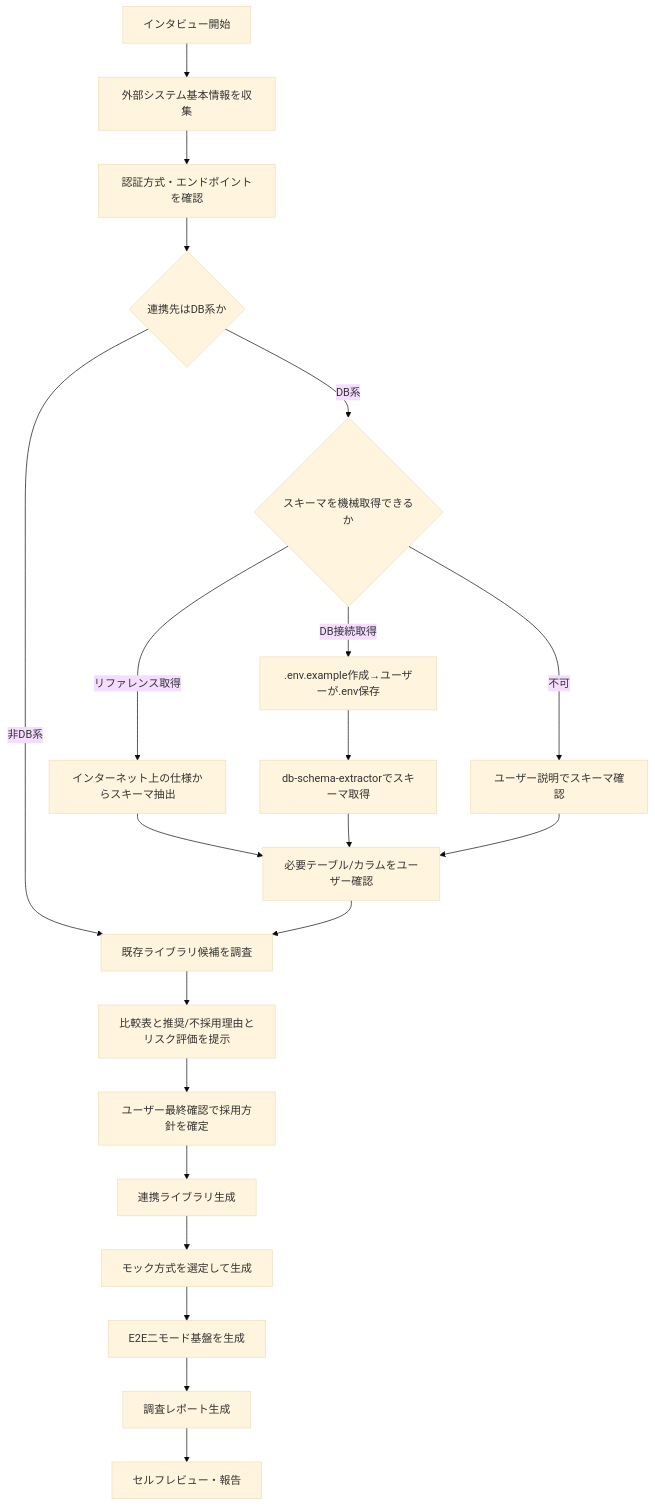
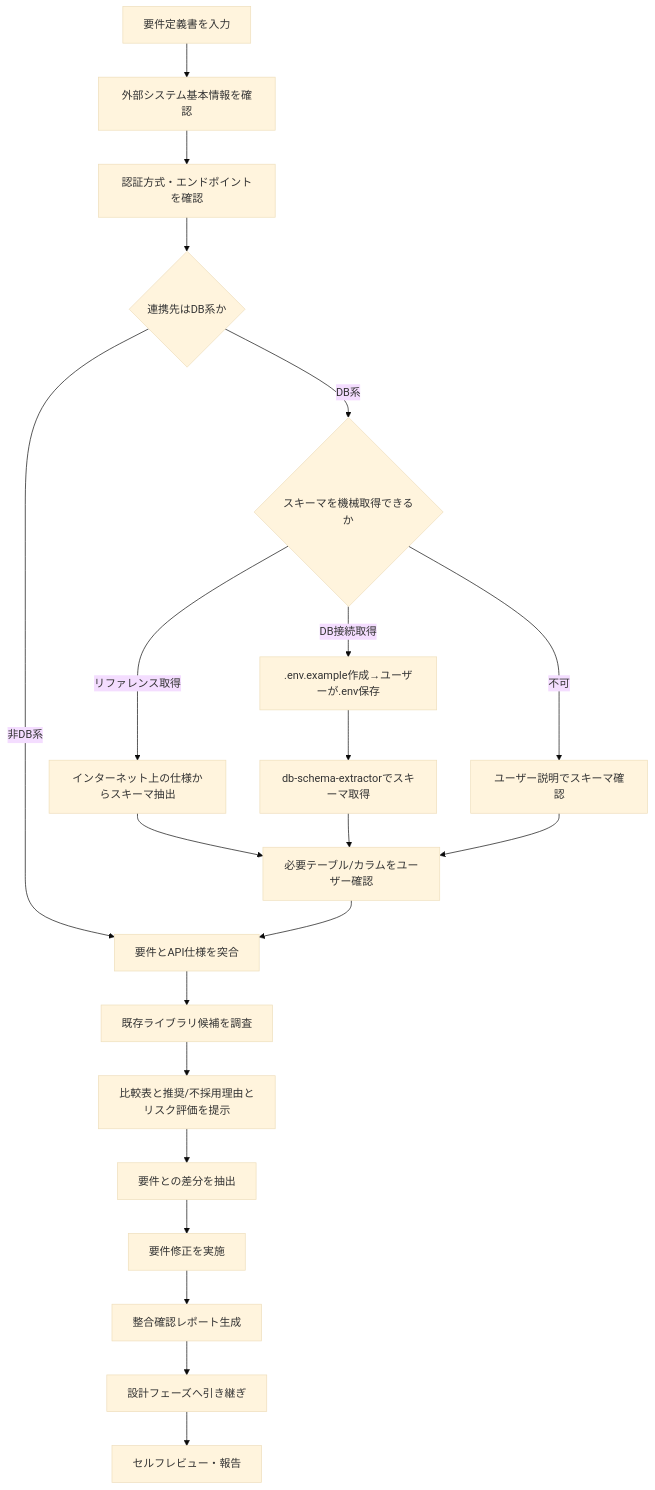
The diagram in .claude/skills/isdd-external-research/SKILL.md (notfolder/isdd), drawn with Mermaid (base theme) before and after one commit. The commit also changed other lines of this file and 8 other files, not shown here.

````diff
--- a/.claude/skills/isdd-external-research/SKILL.md
+++ b/.claude/skills/isdd-external-research/SKILL.md
@@ -33,23 +33,23 @@
 ```mermaid
 graph TD
-    A[インタビュー開始] --> B[外部システム基本情報を収集]
+    A[要件定義書を入力] --> B[外部システム基本情報を確認]
     B --> C[認証方式・エンドポイントを確認]
     C --> D{連携先はDB系か}
-    D -->|非DB系| E[既存ライブラリ候補を調査]
+    D -->|非DB系| E[要件とAPI仕様を突合]
     D -->|DB系| F{スキーマを機械取得できるか}
     F -->|リファレンス取得| G[インターネット上の仕様からスキーマ抽出]
     F -->|DB接続取得| H[.env.example作成→ユーザーが.env保存]
     H --> I[db-schema-extractorでスキーマ取得]
     F -->|不可| J[ユーザー説明でスキーマ確認]
     G --> K[必要テーブル/カラムをユーザー確認]
     I --> K
     J --> K
     K --> E
-    E --> L[比較表と推奨/不採用理由とリスク評価を提示]
-    L --> M[ユーザー最終確認で採用方針を確定]
-    M --> N[連携ライブラリ生成]
-    N --> O[モック方式を選定して生成]
-    O --> P[E2E二モード基盤を生成]
-    P --> Q[調査レポート生成]
+    E --> L[既存ライブラリ候補を調査]
+    L --> M[比較表と推奨/不採用理由とリスク評価を提示]
+    M --> N[要件との差分を抽出]
+    N --> O[要件修正を実施]
+    O --> P[整合確認レポート生成]
+    P --> Q[設計フェーズへ引き継ぎ]
     Q --> R[セルフレビュー・報告]
 ```
````
